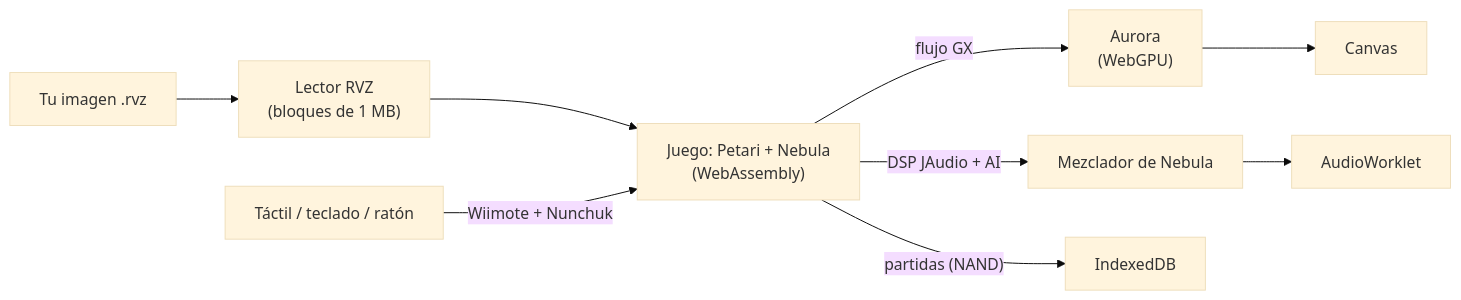
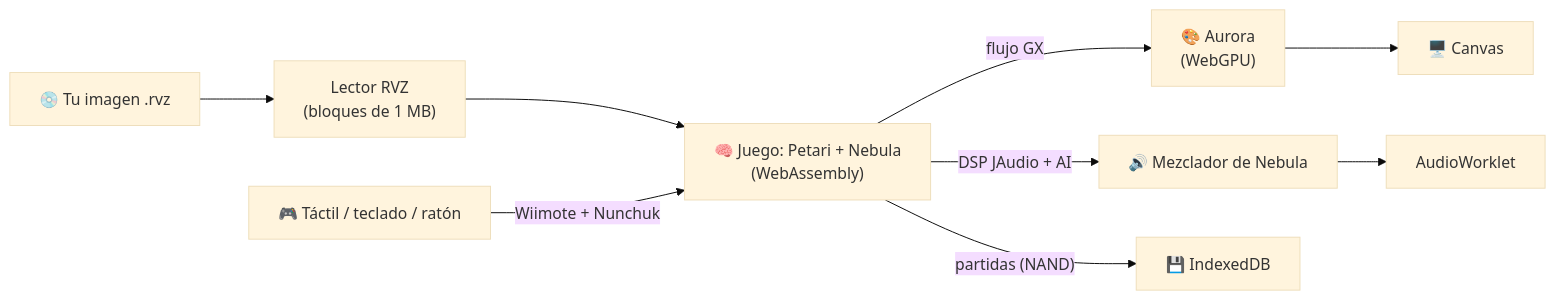
One commit to Gonzaloprogame/Super-Mario-Galaxy-Web changed the diagram in README.md. Above: the diagram before and after it, drawn with Mermaid (base theme). The commit also changed other lines of this file, not shown here.

````diff
--- a/README.md
+++ b/README.md
@@ -41,9 +72,9 @@
 ```mermaid
 flowchart LR
-  RVZ["Tu imagen .rvz"] --> Lector["Lector RVZ<br/>(bloques de 1 MB)"]
-  Lector --> Juego["Juego: Petari + Nebula<br/>(WebAssembly)"]
-  Juego -- "flujo GX" --> Aurora["Aurora<br/>(WebGPU)"] --> Pantalla["Canvas"]
-  Juego -- "DSP JAudio + AI" --> Mezclador["Mezclador de Nebula"] --> Audio["AudioWorklet"]
-  Controles["Táctil / teclado / ratón"] -- "Wiimote + Nunchuk" --> Juego
-  Juego -- "partidas (NAND)" --> IDB["IndexedDB"]
+  RVZ["💿 Tu imagen .rvz"] --> Lector["Lector RVZ<br/>(bloques de 1 MB)"]
+  Lector --> Juego["🧠 Juego: Petari + Nebula<br/>(WebAssembly)"]
+  Juego -- "flujo GX" --> Aurora["🎨 Aurora<br/>(WebGPU)"] --> Pantalla["🖥️ Canvas"]
+  Juego -- "DSP JAudio + AI" --> Mezclador["🔊 Mezclador de Nebula"] --> Audio["AudioWorklet"]
+  Controles["🎮 Táctil / teclado / ratón"] -- "Wiimote + Nunchuk" --> Juego
+  Juego -- "partidas (NAND)" --> IDB["💾 IndexedDB"]
 ```
````
